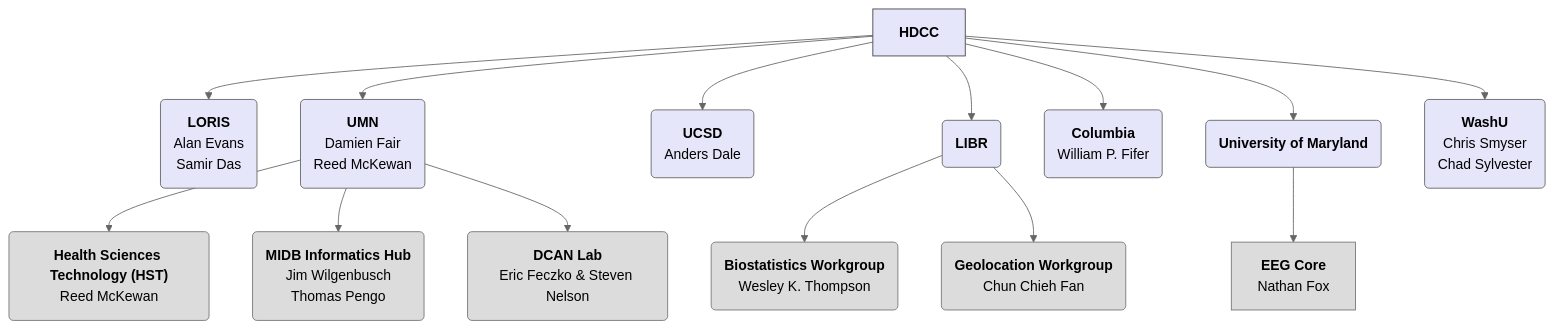
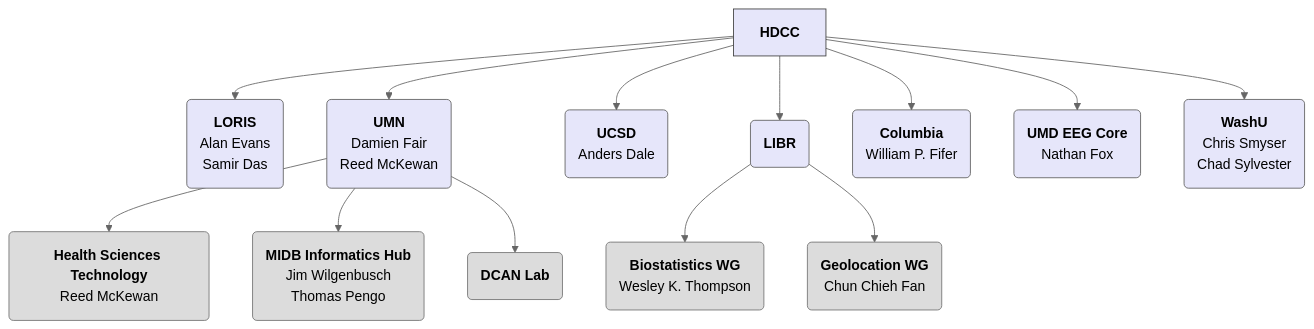
One commit to DCAN-Labs/hbcd-docs-internal changed the first of 10 diagrams in docs/orgcharts.md. Above: the diagram before and after it, drawn with Mermaid (neutral theme).

Commit message:
clean up overview

````diff
--- a/docs/orgcharts.md
+++ b/docs/orgcharts.md
@@ -6,50 +6,49 @@
 ```mermaid
 ---
 config:
   layout: dagre
 ---
 flowchart TB
-    A["<strong>HDCC</strong>"] --> E["<b>LORIS</b><br>Alan Evans<br>Samir Das"] & F["<b>UMN</b><br>Damien Fair<br>Reed McKewan"] & G["<b>UCSD</b><br>Anders Dale"] & H["<b>LIBR</b><br>"] & n1["<b>Columbia</b><br>William P. Fifer"] & n16["<b>University of Maryland</b>"] & washu["<b>WashU</b><br>Chris Smyser<br>Chad Sylvester"]
-    F --> n6["<b>Health Sciences Technology (HST)</b><br>Reed McKewan"] & n7["<b>MIDB Informatics Hub</b><br>Jim Wilgenbusch<br>Thomas Pengo"] & n8["<b>DCAN Lab</b><br>Eric Feczko &amp; Steven Nelson"]
-    H --> n14["<b>Biostatistics Workgroup</b><br>Wesley K. Thompson"] & n15["<b>Geolocation Workgroup</b><br>Chun Chieh Fan"]
-    n16 --> n17["<b>EEG Core</b><br>Nathan Fox"]
+    A["<strong>HDCC</strong>"] --> E["<b>LORIS</b><br>Alan Evans<br>Samir Das"] & F["<b>UMN</b><br>Damien Fair<br>Reed McKewan"] & G["<b>UCSD</b><br>Anders Dale"] & H["<b>LIBR</b><br>"] & n1["<b>Columbia</b><br>William P. Fifer"] & n16["<b>UMD EEG Core</b><br>Nathan Fox"] & washu["<b>WashU</b><br>Chris Smyser<br>Chad Sylvester"]
+    F --> n6["<b>Health Sciences Technology</b><br>Reed McKewan"] & n7["<b>MIDB Informatics Hub</b><br>Jim Wilgenbusch<br>Thomas Pengo"] 
+    F --> n8["<b>DCAN Lab</b>"]
+    H --> n14["<b>Biostatistics WG</b><br>Wesley K. Thompson"] & n15["<b>Geolocation WG</b><br>Chun Chieh Fan"]
     A@{ shape: rect}
     E@{ shape: rounded}
     F@{ shape: rounded}
     G@{ shape: rounded}
     H@{ shape: rounded}
     n1@{ shape: rounded}
     n16@{ shape: rounded}
     washu@{ shape: rounded}
     n6@{ shape: rounded}
     n7@{ shape: rounded}
     n8@{ shape: rounded}
     n14@{ shape: rounded}
     n15@{ shape: rounded}
     style A fill:#e6e6fa,stroke:#424242
     style E fill:#e6e6fa,stroke:#616161
     style F fill:#e6e6fa,stroke:#616161
     style G fill:#e6e6fa,stroke:#616161
     style H fill:#e6e6fa,stroke:#616161
     style n1 fill:#e6e6fa,stroke:#616161
     style n16 fill:#e6e6fa,stroke:#616161
     style washu fill:#e6e6fa,stroke:#616161
     style n6 fill:#dcdcdc,stroke:#757575
     style n7 fill:#dcdcdc,stroke:#757575
     style n8 fill:#dcdcdc,stroke:#757575
     style n14 fill:#dcdcdc,stroke:#757575
     style n15 fill:#dcdcdc,stroke:#757575
-    style n17 fill:#dcdcdc,stroke:#757575
     click E "#loris"
     click F "#university-of-minnesota"
     click G "#ucsd"
     click H "#libr"
     click n1 "#columbia-university"
+    click n16 "#umd-eeg-core"
     click washu "#washu"
     click n6 "#health-sciences-technology-hst"
     click n7 "#midb-informatics-hub-msi"
     click n8 "#dcan-lab"
-    click n17 "#umd-eeg-core"
     click n14 "#thompson"
     click n15 "#fan"
 ```
````
